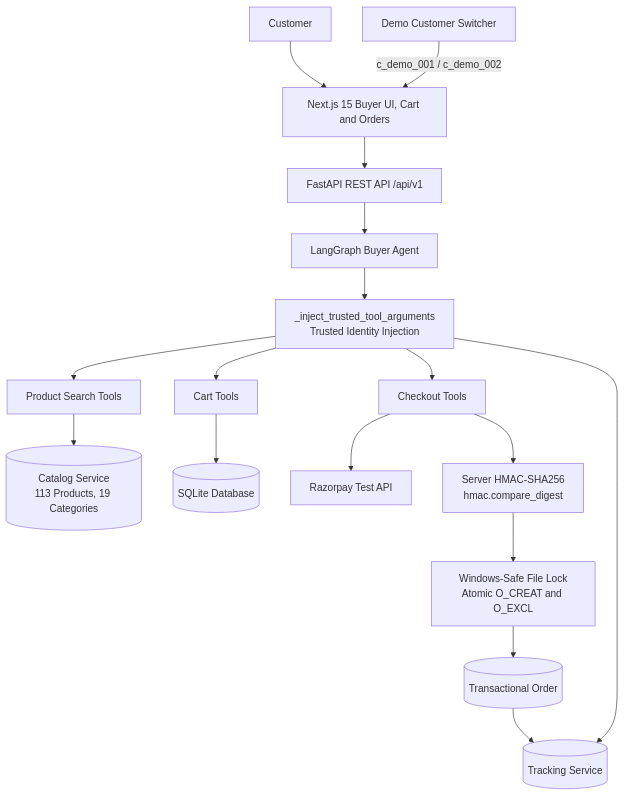
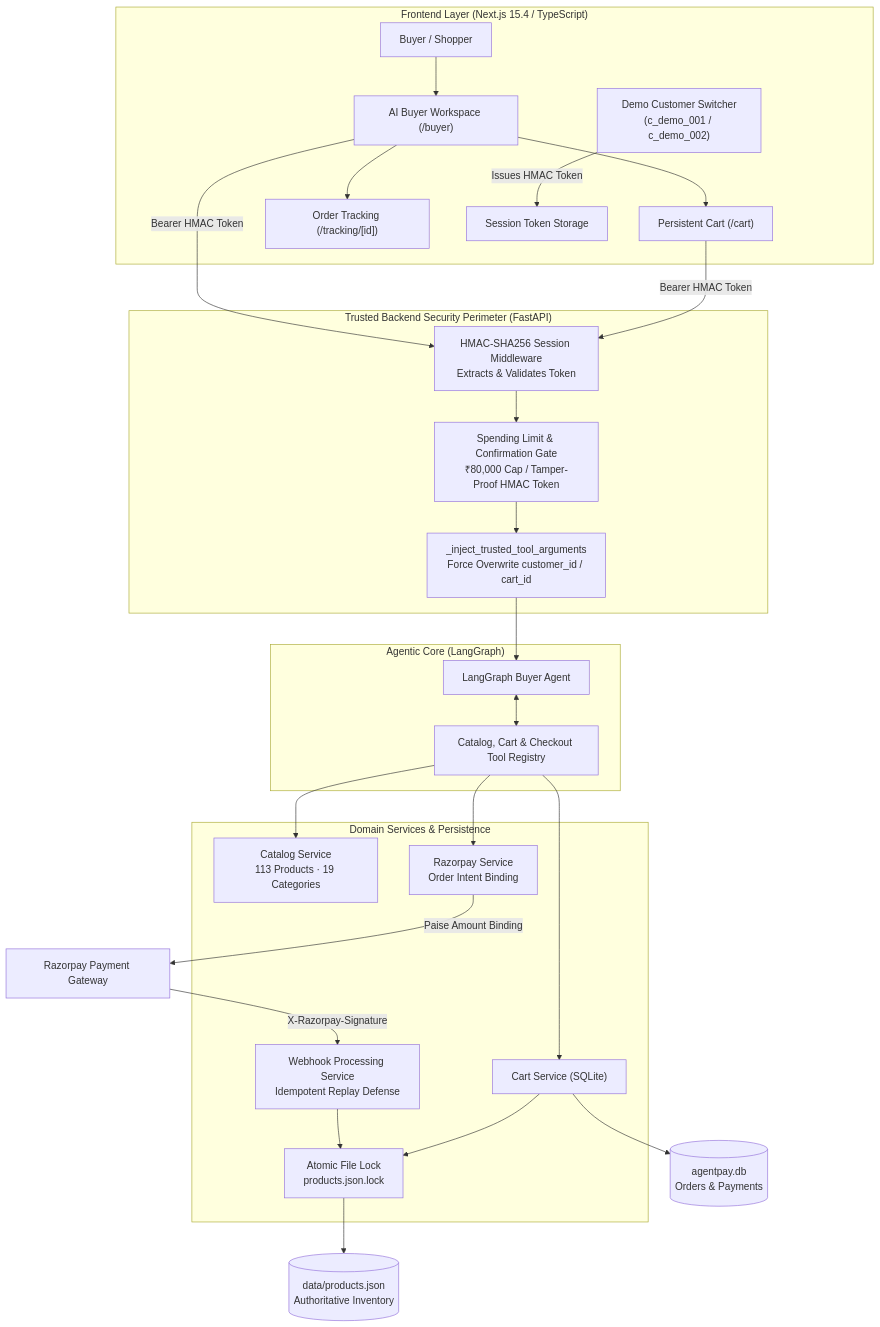
The diagram in README.md (amaymishra1104/agentpay-ai), drawn with Mermaid before and after one commit. The commit also changed other lines of this file, not shown here.

Commit message:
docs(readme): overhaul README with comprehensive architecture, security matrix, and demo guide

````diff
--- a/README.md
+++ b/README.md
@@ -56,23 +39,44 @@
 ```mermaid
 flowchart TD
-    U["Customer"] --> UI["Next.js 15 Buyer UI, Cart and Orders"]
-    SW["Demo Customer Switcher"] -->|"c_demo_001 / c_demo_002"| UI
+    subgraph Client["Frontend Layer (Next.js 15.4 / TypeScript)"]
+        U["Buyer / Shopper"] --> UI["AI Buyer Workspace (/buyer)"]
+        UI --> CART_UI["Persistent Cart (/cart)"]
+        UI --> TRACK_UI["Order Tracking (/tracking/[id])"]
+        SWITCHER["Demo Customer Switcher<br/>(c_demo_001 / c_demo_002)"] -->|"Issues HMAC Token"| AUTH_STORE["Session Token Storage"]
+    end
 
-    UI --> API["FastAPI REST API /api/v1"]
+    subgraph SecurityPerimeter["Trusted Backend Security Perimeter (FastAPI)"]
+        AUTH_MW["HMAC-SHA256 Session Middleware<br/>Extracts & Validates Token"]
+        SPEND_GATE["Spending Limit & Confirmation Gate<br/>₹80,000 Cap / Tamper-Proof HMAC Token"]
+        IDENTITY_INJECT["_inject_trusted_tool_arguments<br/>Force Overwrite customer_id / cart_id"]
+    end
 
-    API --> AGENT["LangGraph Buyer Agent"]
-    AGENT --> INJECT["_inject_trusted_tool_arguments<br/>Trusted Identity Injection"]
+    subgraph AgenticCore["Agentic Core (LangGraph)"]
+        AGENT["LangGraph Buyer Agent"]
+        TOOLS["Catalog, Cart & Checkout Tool Registry"]
+    end
 
-    INJECT --> SEARCH["Product Search Tools"]
-    INJECT --> CART["Cart Tools"]
-    INJECT --> CHECKOUT["Checkout Tools"]
-    INJECT --> TRACK["Tracking Tools"]
+    subgraph Services["Domain Services & Persistence"]
+        CATALOG["Catalog Service<br/>113 Products · 19 Categories"]
+        CART_SVC["Cart Service (SQLite)"]
+        RZP_SVC["Razorpay Service<br/>Order Intent Binding"]
+        LOCK["Atomic File Lock<br/>products.json.lock"]
+        WEBHOOK["Webhook Processing Service<br/>Idempotent Replay Defense"]
+    end
 
-    SEARCH --> CATALOG[("Catalog Service<br/>113 Products, 19 Categories")]
-    CART --> DB[("SQLite Database")]
-    CHECKOUT --> RZP["Razorpay Test API"]
-    CHECKOUT --> VERIFY["Server HMAC-SHA256<br/>hmac.compare_digest"]
-    VERIFY --> LOCK["Windows-Safe File Lock<br/>Atomic O_CREAT and O_EXCL"]
-    LOCK --> ORDER[("Transactional Order")]
-    ORDER --> TRACK[("Tracking Service")]
+    UI -->|"Bearer HMAC Token"| AUTH_MW
+    CART_UI -->|"Bearer HMAC Token"| AUTH_MW
+    AUTH_MW --> SPEND_GATE
+    SPEND_GATE --> IDENTITY_INJECT
+    IDENTITY_INJECT --> AGENT
+    AGENT <--> TOOLS
+    TOOLS --> CATALOG
+    TOOLS --> CART_SVC
+    TOOLS --> RZP_SVC
+    RZP_SVC -->|"Paise Amount Binding"| RZP_API["Razorpay Payment Gateway"]
+    RZP_API -->|"X-Razorpay-Signature"| WEBHOOK
+    WEBHOOK --> LOCK
+    CART_SVC --> LOCK
+    LOCK --> PRODUCTS_JSON[("data/products.json<br/>Authoritative Inventory")]
+    CART_SVC --> SQLITE_DB[("agentpay.db<br/>Orders & Payments")]
 ```
````
